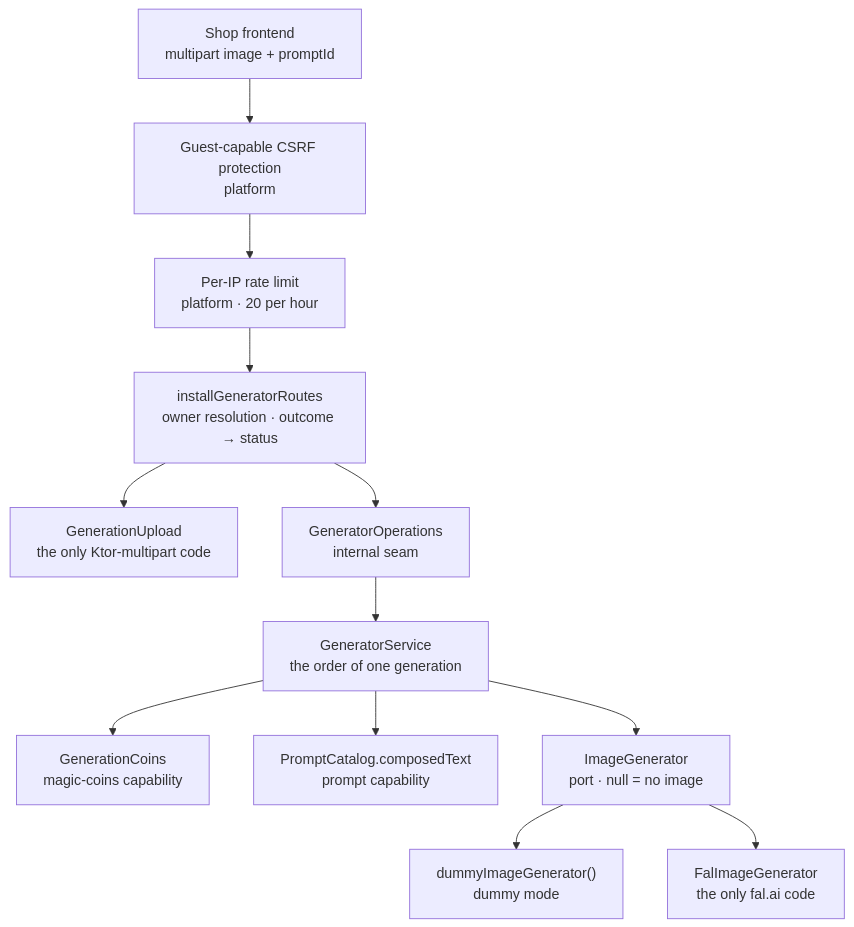
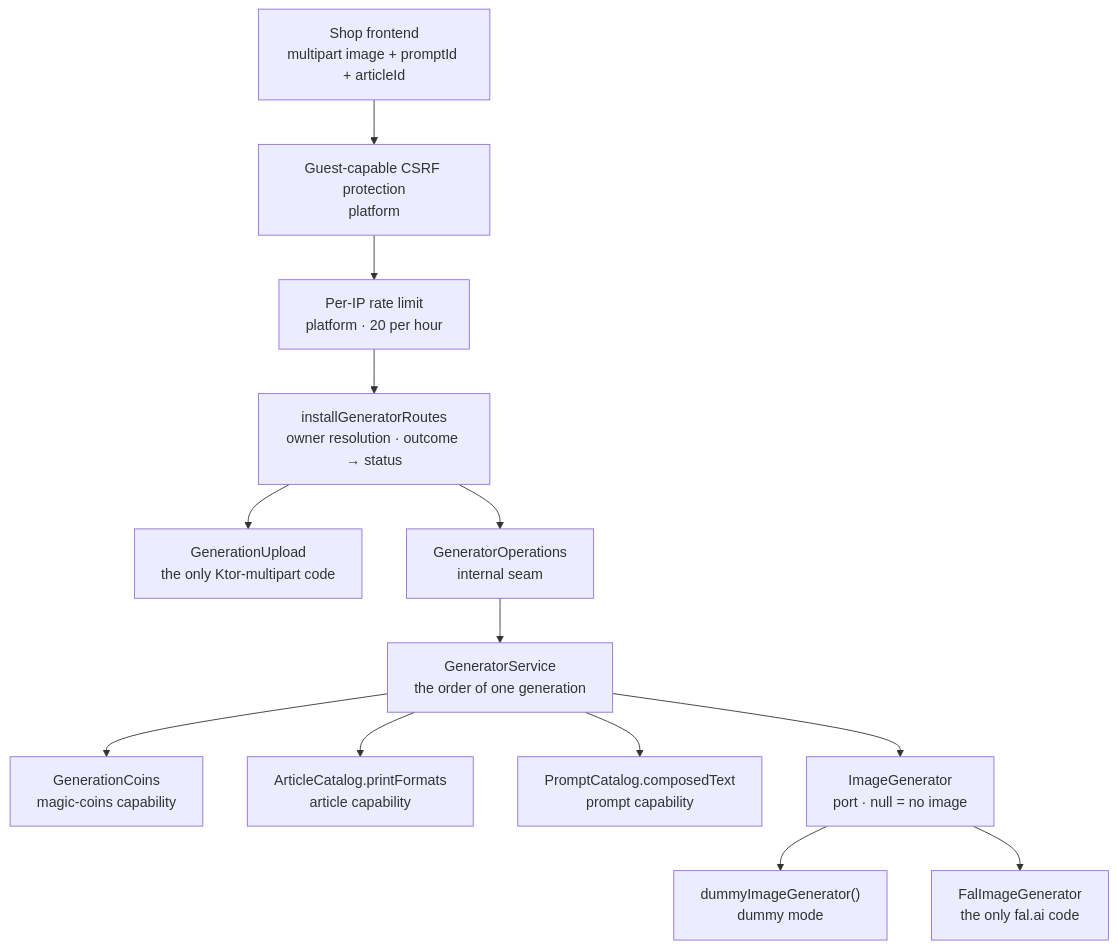
One commit to bitstorm-tech/voenix-shop-kotlin changed the diagram in docs/dev/backend/generator-package.md. Above: the diagram before and after it, drawn with Mermaid. The commit also changed other lines of this file and 16 other files, not shown here.

````diff
--- a/docs/dev/backend/generator-package.md
+++ b/docs/dev/backend/generator-package.md
@@ -34,24 +37,26 @@
 ```mermaid
 flowchart TB
-    Client["Shop frontend<br/>multipart image + promptId"]
+    Client["Shop frontend<br/>multipart image + promptId + articleId"]
     Csrf["Guest-capable CSRF protection<br/>platform"]
     Limit["Per-IP rate limit<br/>platform · 20 per hour"]
     Routes["installGeneratorRoutes<br/>owner resolution · outcome → status"]
     Upload["GenerationUpload<br/>the only Ktor-multipart code"]
     Operations["GeneratorOperations<br/>internal seam"]
     Service["GeneratorService<br/>the order of one generation"]
     Coins["GenerationCoins<br/>magic-coins capability"]
+    Articles["ArticleCatalog.printFormats<br/>article capability"]
     Prompts["PromptCatalog.composedText<br/>prompt capability"]
     Port["ImageGenerator<br/>port · null = no image"]
     Dummy["dummyImageGenerator()<br/>dummy mode"]
     Fal["FalImageGenerator<br/>the only fal.ai code"]
 
     Client --> Csrf --> Limit --> Routes
     Routes --> Upload
     Routes --> Operations --> Service
     Service --> Coins
+    Service --> Articles
     Service --> Prompts
     Service --> Port
     Port --> Dummy
     Port --> Fal
 ```
````
